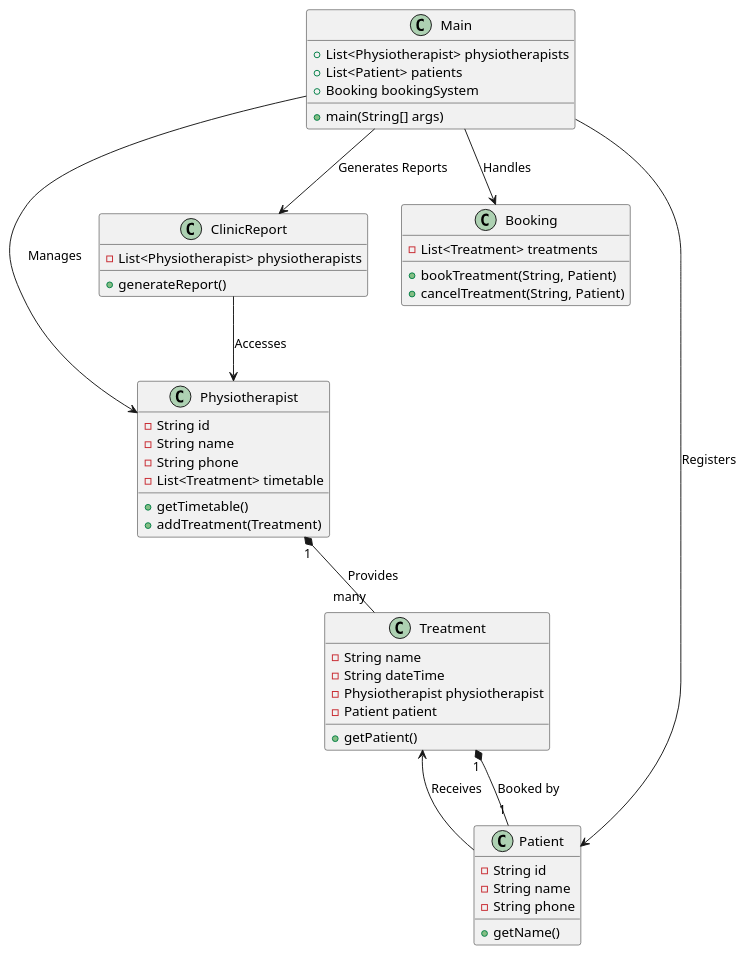
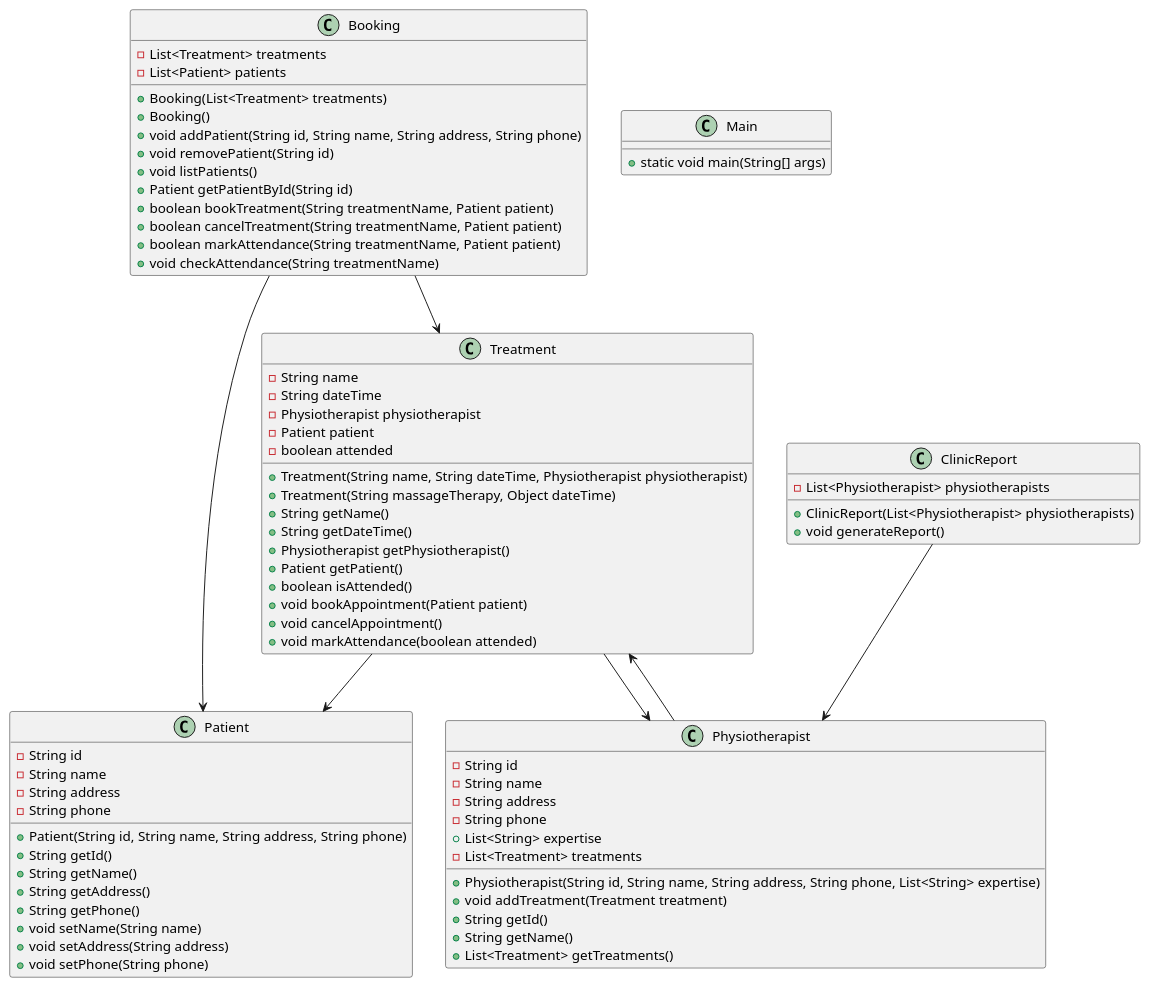
The diagram in src/main/java/Diagram.puml (tanvirherts/Patient-App-using-Java), drawn with PlantUML before and after one commit.

Commit message:
Modified Diagram

```diff
--- a/src/main/java/Diagram.puml
+++ b/src/main/java/Diagram.puml
@@ -1,54 +1,82 @@
 @startuml
-class Main {
-    + List<Physiotherapist> physiotherapists
-    + List<Patient> patients
-    + Booking bookingSystem
-    + main(String[] args)
+class Treatment {
+    - String name
+    - String dateTime
+    - Physiotherapist physiotherapist
+    - Patient patient
+    - boolean attended
+    + Treatment(String name, String dateTime, Physiotherapist physiotherapist)
+    + Treatment(String massageTherapy, Object dateTime)
+    + String getName()
+    + String getDateTime()
+    + Physiotherapist getPhysiotherapist()
+    + Patient getPatient()
+    + boolean isAttended()
+    + void bookAppointment(Patient patient)
+    + void cancelAppointment()
+    + void markAttendance(boolean attended)
+}
+
+class Booking {
+    - List<Treatment> treatments
+    - List<Patient> patients
+    + Booking(List<Treatment> treatments)
+    + Booking()
+    + void addPatient(String id, String name, String address, String phone)
+    + void removePatient(String id)
+    + void listPatients()
+    + Patient getPatientById(String id)
+    + boolean bookTreatment(String treatmentName, Patient patient)
+    + boolean cancelTreatment(String treatmentName, Patient patient)
+    + boolean markAttendance(String treatmentName, Patient patient)
+    + void checkAttendance(String treatmentName)
+}
+
+class Patient {
+    - String id
+    - String name
+    - String address
+    - String phone
+    + Patient(String id, String name, String address, String phone)
+    + String getId()
+    + String getName()
+    + String getAddress()
+    + String getPhone()
+    + void setName(String name)
+    + void setAddress(String address)
+    + void setPhone(String phone)
 }
 
 class Physiotherapist {
     - String id
     - String name
+    - String address
     - String phone
-    - List<Treatment> timetable
-    + getTimetable()
-    + addTreatment(Treatment)
-}
-
-class Treatment {
-    - String name
-    - String dateTime
-    - Physiotherapist physiotherapist
-    - Patient patient
-    + getPatient()
-}
-
-class Patient {
-    - String id
-    - String name
-    - String phone
-    + getName()
-}
-
-class Booking {
+    + List<String> expertise
     - List<Treatment> treatments
-    + bookTreatment(String, Patient)
-    + cancelTreatment(String, Patient)
+    + Physiotherapist(String id, String name, String address, String phone, List<String> expertise)
+    + void addTreatment(Treatment treatment)
+    + String getId()
+    + String getName()
+    + List<Treatment> getTreatments()
 }
 
 class ClinicReport {
     - List<Physiotherapist> physiotherapists
-    + generateReport()
+    + ClinicReport(List<Physiotherapist> physiotherapists)
+    + void generateReport()
 }
 
-' UML Relationships
-Main --> Physiotherapist : "Manages"
-Main --> Patient : "Registers"
-Main --> Booking : "Handles"
-Main --> ClinicReport : "Generates Reports"
+class Main {
+    + static void main(String[] args)
+}
 
-ClinicReport --> Physiotherapist : "Accesses"
-Physiotherapist "1" *-- "many" Treatment : Provides
-Treatment "1" *-- "1" Patient : Booked by
-Patient --> Treatment : Receives
+' Relationships
+Treatment --> Physiotherapist
+Treatment --> Patient
+Booking --> Treatment
+Booking --> Patient
+Physiotherapist --> Treatment
+ClinicReport --> Physiotherapist
+
 @enduml
```
